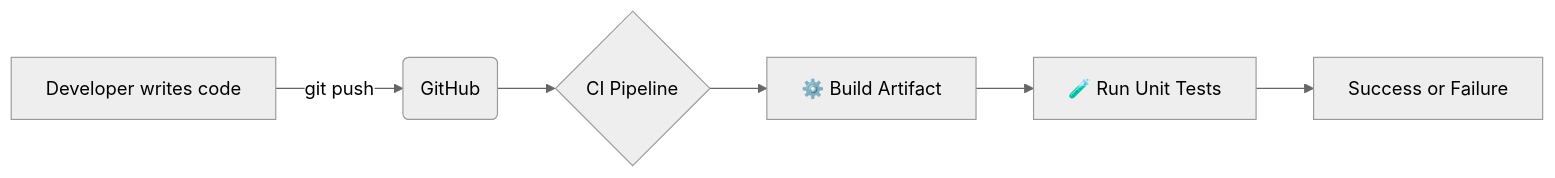
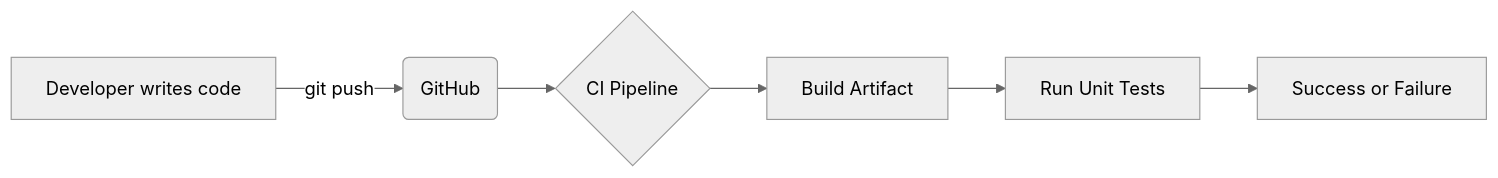
One commit to SIVAGORAM/devops-zero-to-hero changed the first of 5 diagrams in 07-Jenkins/Day-01-Introduction-and-Installation/Day-01-Introduction-and-Installation.md. Above: the diagram before and after it, drawn with Mermaid (neutral theme). The commit also changed other lines of this file and 1 other file, not shown here.

````diff
--- a/07-Jenkins/Day-01-Introduction-and-Installation/Day-01-Introduction-and-Installation.md
+++ b/07-Jenkins/Day-01-Introduction-and-Installation/Day-01-Introduction-and-Installation.md
@@ -20,8 +20,8 @@
 ```mermaid
 graph LR
-    A[Developer writes code] -->|git push| B(GitHub)
-    B --> C{CI Pipeline}
-    C --> D[⚙️ Build Artifact]
-    D --> E[🧪 Run Unit Tests]
-    E --> F[Success or Failure]
+    A["Developer writes code"] -->|"git push"| B("GitHub")
+    B --> C{"CI Pipeline"}
+    C --> D["Build Artifact"]
+    D --> E["Run Unit Tests"]
+    E --> F["Success or Failure"]
 ```
````
